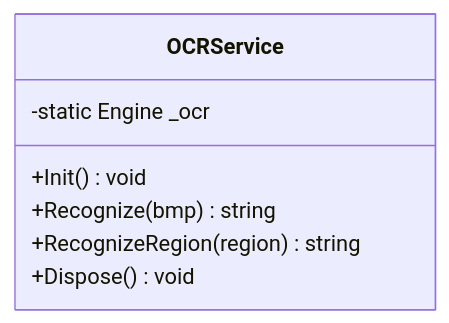
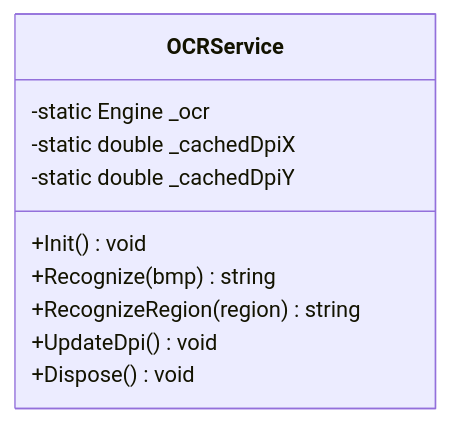
Before and after one commit to yooxii/ShaoLuAuto: the sixth of 11 diagrams in .qoder/repowiki/zh/content/图像识别引擎/图像识别引擎.md, drawn with Mermaid. The commit also changed other lines of this file and 45 other files, not shown here.

````diff
--- a/.qoder/repowiki/zh/content/图像识别引擎/图像识别引擎.md
+++ b/.qoder/repowiki/zh/content/图像识别引擎/图像识别引擎.md
@@ -165,10 +294,13 @@
 ```mermaid
 classDiagram
 class OCRService {
 -static Engine _ocr
+-static double _cachedDpiX
+-static double _cachedDpiY
 +Init() void
 +Recognize(bmp) string
 +RecognizeRegion(region) string
++UpdateDpi() void
 +Dispose() void
 }
 ```
````
